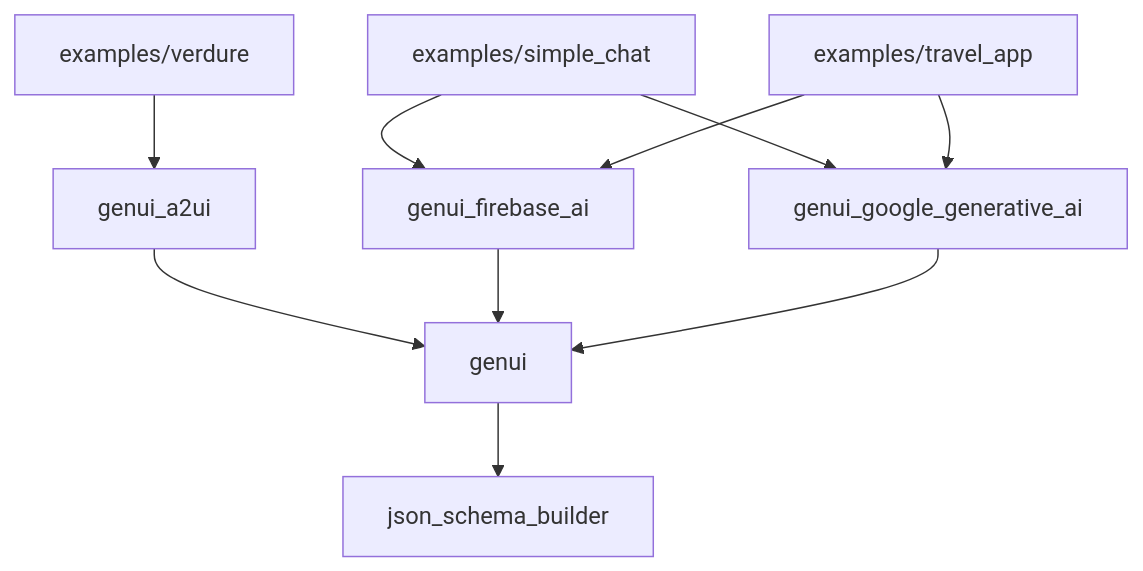
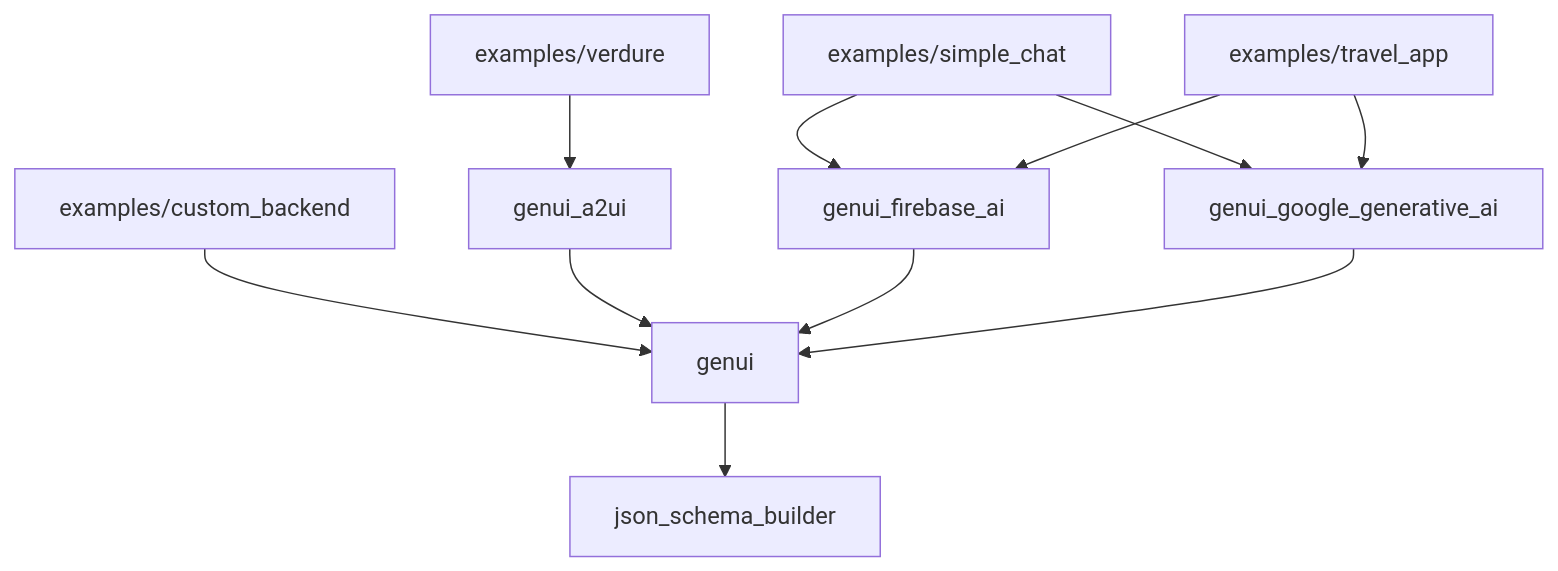
One commit to polina-c/genui changed the diagram in README.md. Above: the diagram before and after it, drawn with Mermaid. The commit also changed 2 other files, not shown here.

````diff
--- a/README.md
+++ b/README.md
@@ -99,12 +99,13 @@
 ```mermaid
 graph TD
   examples/simple_chat --> genui_google_generative_ai
   examples/simple_chat --> genui_firebase_ai
   examples/travel_app --> genui_google_generative_ai
   examples/travel_app --> genui_firebase_ai
   examples/verdure --> genui_a2ui
+  examples/custom_backend --> genui
   genui --> json_schema_builder
   genui_a2ui --> genui
   genui_firebase_ai --> genui
   genui_google_generative_ai --> genui
 ```
````
